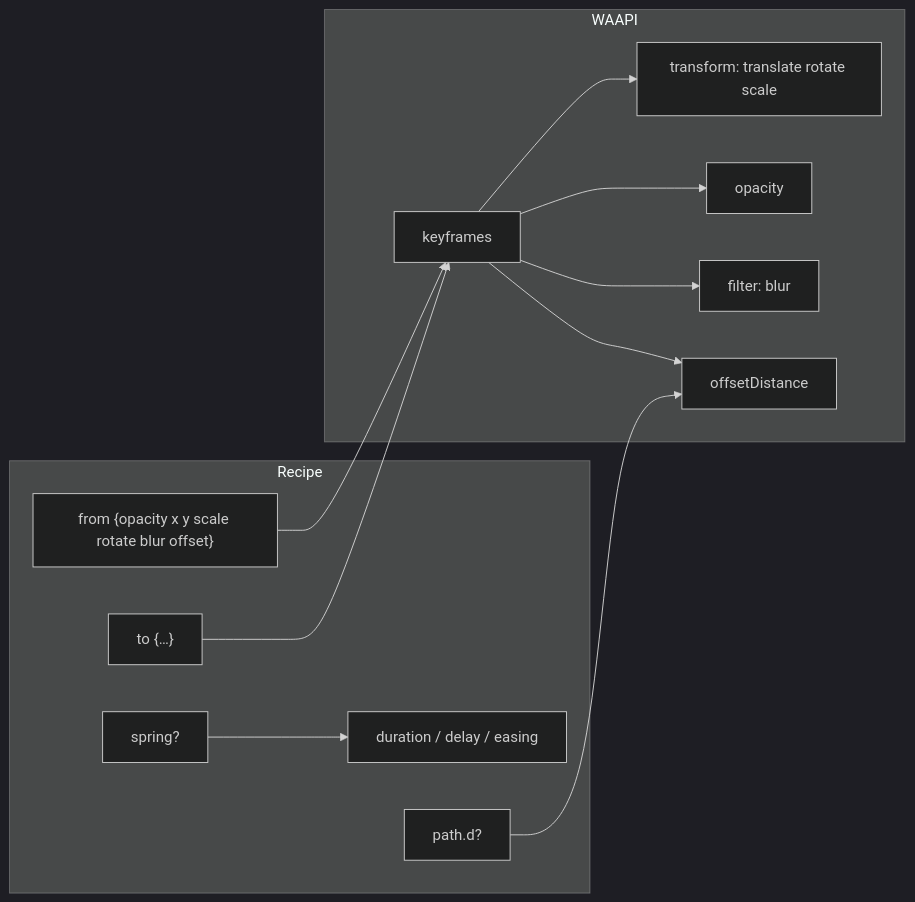
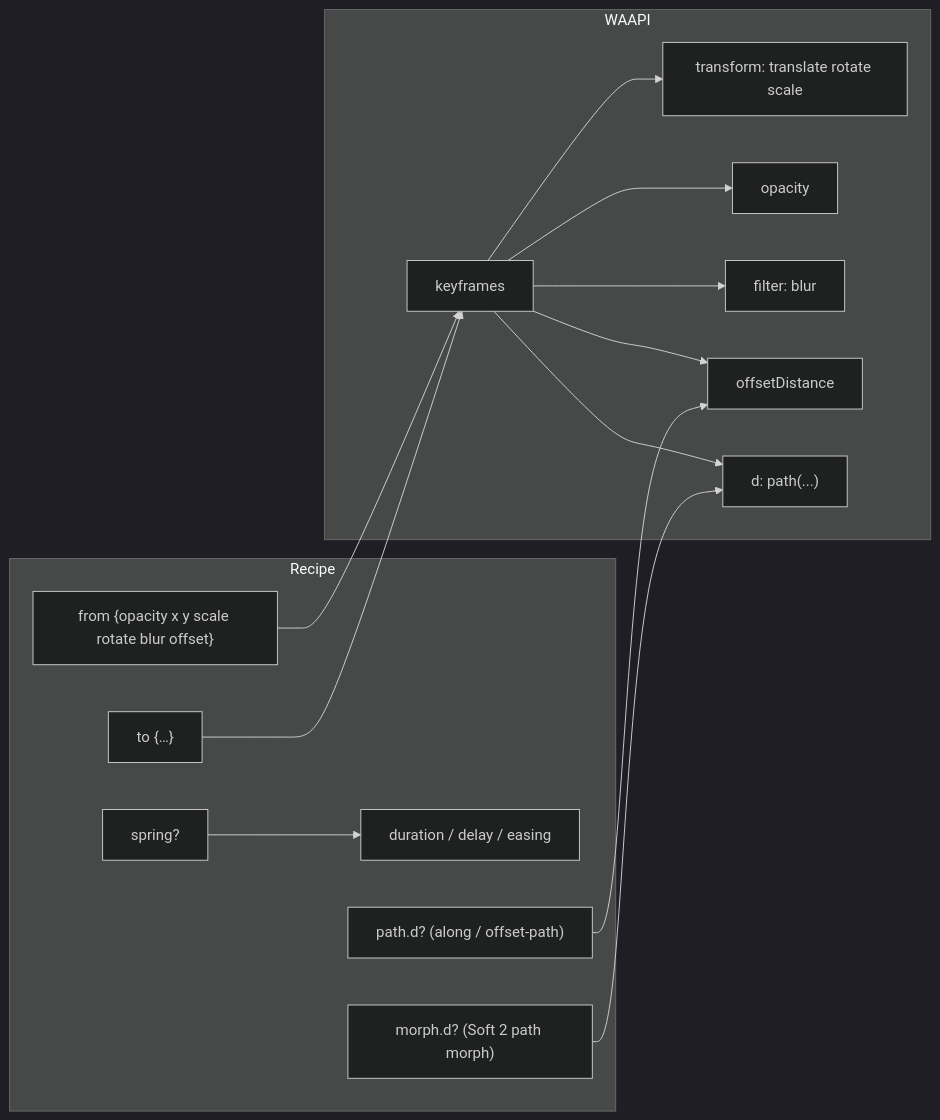
Diagram 18 of 26 in docs/12-DIAGRAMS.md (bitplorer/ux-motion), drawn with Mermaid (dark theme) before and after one commit. The commit also changed 26 other files, not shown here.

First line of the commit message:
Soft 2: lock additive SVG path d morph (#10)

````diff
--- a/docs/12-DIAGRAMS.md
+++ b/docs/12-DIAGRAMS.md
@@ -338,24 +338,27 @@
 ```mermaid
 flowchart LR
   subgraph Recipe
     from["from {opacity x y scale rotate blur offset}"]
     to["to {…}"]
     dur["duration / delay / easing"]
     spring["spring?"]
-    path["path.d?"]
+    path["path.d? (along / offset-path)"]
+    morph["morph.d? (Soft 2 path morph)"]
   end
 
   subgraph WAAPI
     KF["keyframes"]
     TR["transform: translate rotate scale"]
     OP["opacity"]
     FL["filter: blur"]
     OD["offsetDistance"]
+    PD["d: path(...)"]
   end
 
   from --> KF
   to --> KF
-  KF --> TR & OP & FL & OD
+  KF --> TR & OP & FL & OD & PD
   path --> OD
+  morph --> PD
   spring --> dur
 ```
````
